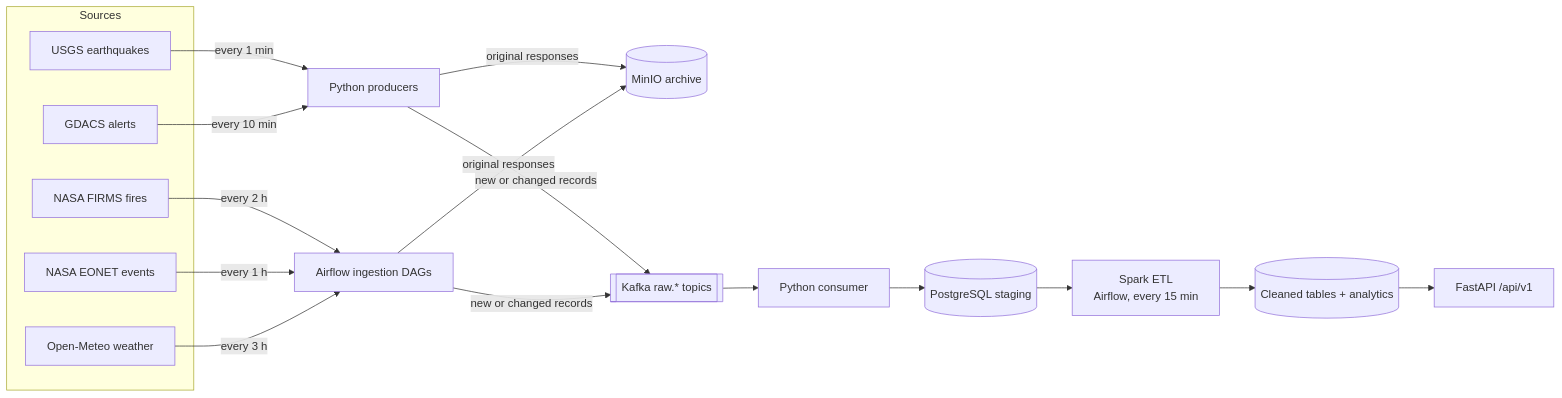
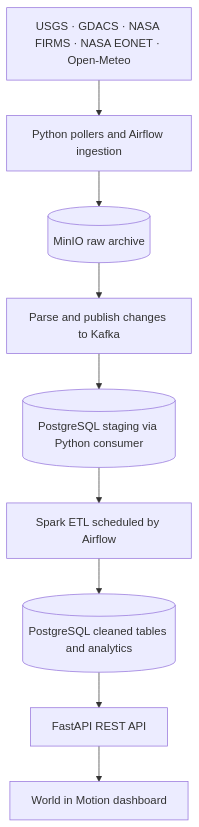
The diagram in README.md (faraz-riaz/Data_Eng_Project), drawn with Mermaid before and after one commit. The commit also changed other lines of this file and 2 other files, not shown here.

````diff
--- a/README.md
+++ b/README.md
@@ -10,20 +54,12 @@
 ```mermaid
-flowchart LR
-    subgraph Sources
-        USGS[USGS earthquakes]
-        GDACS[GDACS alerts]
-        FIRMS[NASA FIRMS fires]
-        EONET[NASA EONET events]
-        METEO[Open-Meteo weather]
-    end
-    USGS -- every 1 min --> P[Python producers]
-    GDACS -- every 10 min --> P
-    FIRMS -- every 2 h --> A[Airflow ingestion DAGs]
-    EONET -- every 1 h --> A
-    METEO -- every 3 h --> A
-    P & A -- original responses --> M[(MinIO archive)]
-    P & A -- new or changed records --> K[[Kafka raw.* topics]]
-    K --> C[Python consumer] --> S[(PostgreSQL staging)]
-    S --> SP[Spark ETL<br/>Airflow, every 15 min] --> F[(Cleaned tables + analytics)]
-    F --> API[FastAPI /api/v1]
+flowchart TD
+    Sources["USGS · GDACS · NASA FIRMS · NASA EONET · Open-Meteo"]
+    Sources --> Ingest["Python pollers and Airflow ingestion"]
+    Ingest --> Archive[("MinIO raw archive")]
+    Archive --> Kafka["Parse and publish changes to Kafka"]
+    Kafka --> Staging[("PostgreSQL staging via Python consumer")]
+    Staging --> Spark["Spark ETL scheduled by Airflow"]
+    Spark --> Clean[("PostgreSQL cleaned tables and analytics")]
+    Clean --> API["FastAPI REST API"]
+    API --> Dashboard["World in Motion dashboard"]
 ```
````
